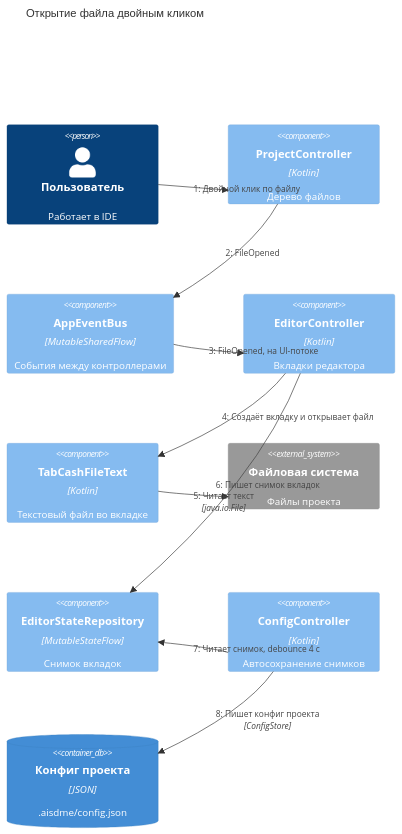
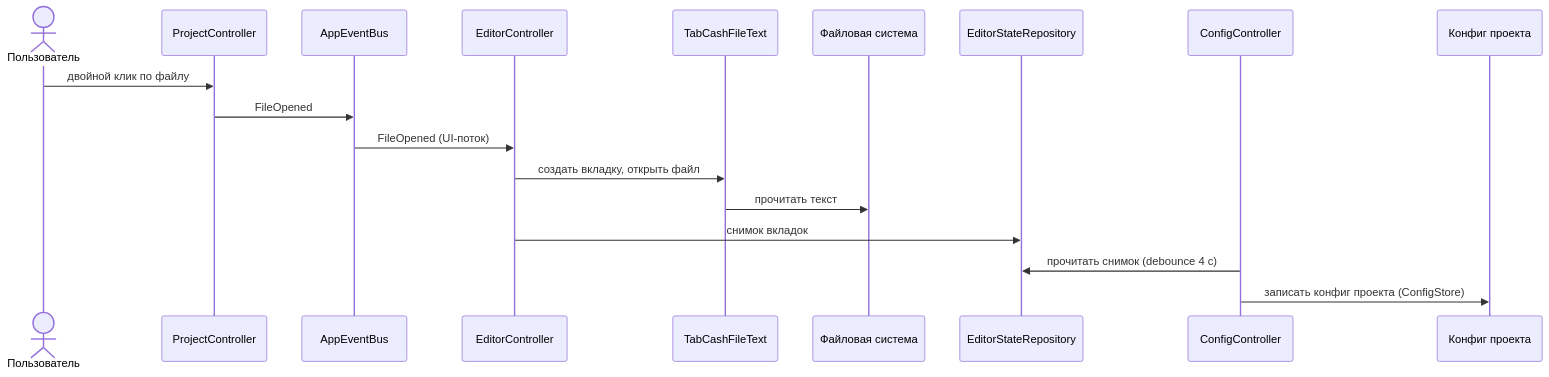
One commit to efimov-r/aisdme changed the seventh of 8 diagrams in docs/architecture.md. Above: the diagram before and after it, drawn with Mermaid. The commit also changed other lines of this file, not shown here.

Commit message:
диаграммы архитектуры на flowchart и sequenceDiagram вместо C4 Mermaid: подписи связей не накладываются друг на друга

````diff
--- a/docs/architecture.md
+++ b/docs/architecture.md
@@ -179,25 +248,21 @@
 ```mermaid
-C4Dynamic
-    title Открытие файла двойным кликом
+sequenceDiagram
+    actor user as Пользователь
+    participant projectC as ProjectController
+    participant bus as AppEventBus
+    participant editorC as EditorController
+    participant tab as TabCashFileText
+    participant fs as Файловая система
+    participant editorRep as EditorStateRepository
+    participant configC as ConfigController
+    participant cfg as Конфиг проекта
 
-    Person(user, "Пользователь", "Работает в IDE")
-    Component(projectC, "ProjectController", "Kotlin", "Дерево файлов")
-    Component(bus, "AppEventBus", "MutableSharedFlow", "События между контроллерами")
-    Component(editorC, "EditorController", "Kotlin", "Вкладки редактора")
-    Component(tab, "TabCashFileText", "Kotlin", "Текстовый файл во вкладке")
-    System_Ext(fs, "Файловая система", "Файлы проекта")
-    Component(editorRep, "EditorStateRepository", "MutableStateFlow", "Снимок вкладок")
-    Component(configC, "ConfigController", "Kotlin", "Автосохранение снимков")
-    ContainerDb(projectCfg, "Конфиг проекта", "JSON", ".aisdme/config.json")
-
-    RelIndex(1, user, projectC, "Двойной клик по файлу")
-    RelIndex(2, projectC, bus, "FileOpened")
-    RelIndex(3, bus, editorC, "FileOpened, на UI-потоке")
-    RelIndex(4, editorC, tab, "Создаёт вкладку и открывает файл")
-    RelIndex(5, tab, fs, "Читает текст", "java.io.File")
-    RelIndex(6, editorC, editorRep, "Пишет снимок вкладок")
-    RelIndex(7, configC, editorRep, "Читает снимок, debounce 4 с")
-    RelIndex(8, configC, projectCfg, "Пишет конфиг проекта", "ConfigStore")
-
-    UpdateLayoutConfig($c4ShapeInRow="3", $c4BoundaryInRow="1")
+    user->>projectC: двойной клик по файлу
+    projectC->>bus: FileOpened
+    bus->>editorC: FileOpened (UI-поток)
+    editorC->>tab: создать вкладку, открыть файл
+    tab->>fs: прочитать текст
+    editorC->>editorRep: снимок вкладок
+    configC->>editorRep: прочитать снимок (debounce 4 с)
+    configC->>cfg: записать конфиг проекта (ConfigStore)
 ```
````
